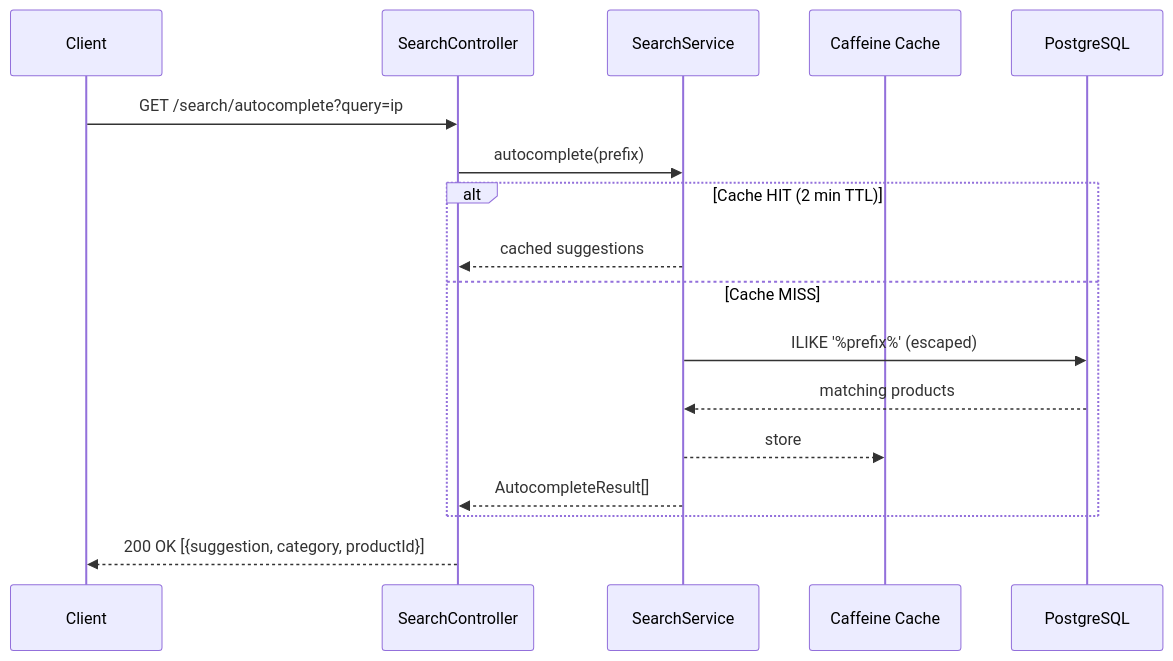
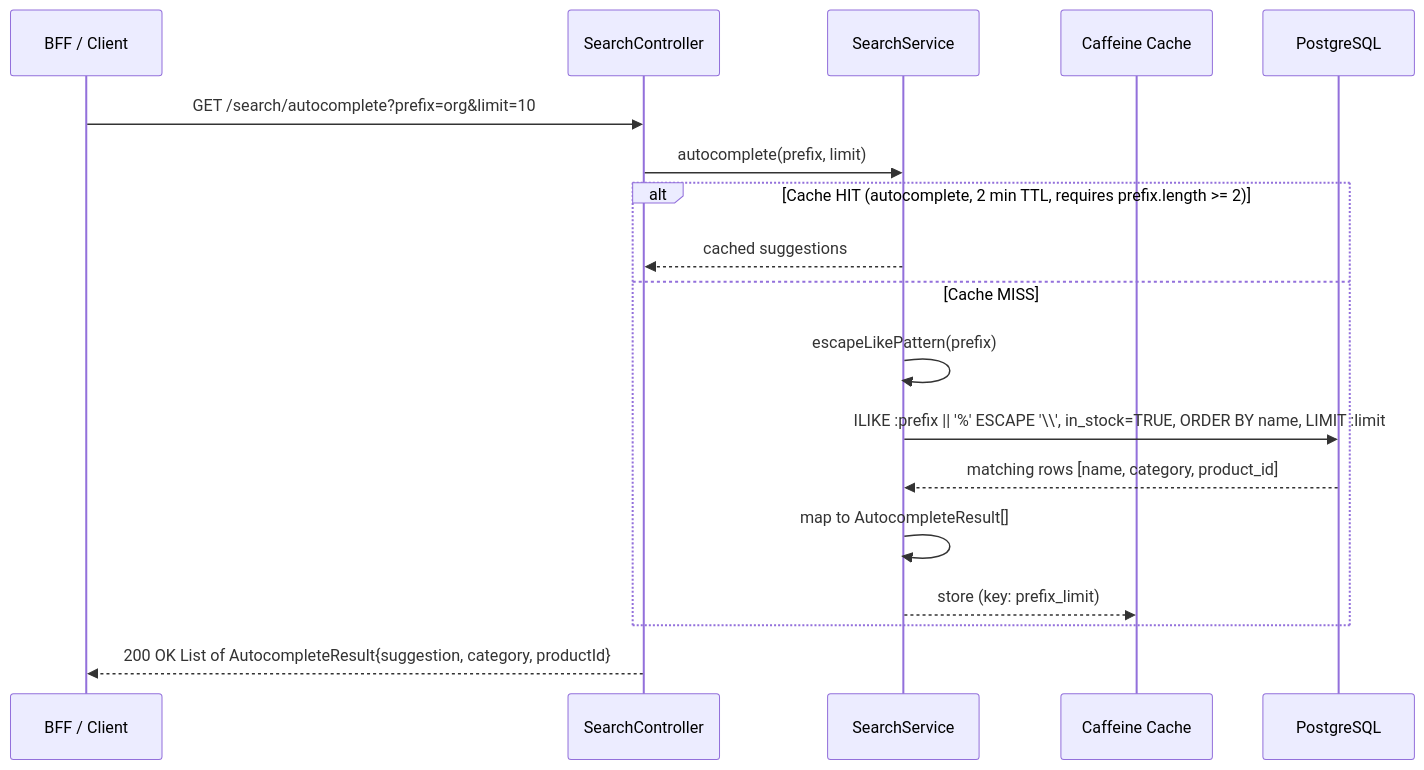
The fifth of 7 diagrams in services/search-service/README.md (sunitakeazycommerz-a11y/InstaCommerce), drawn with Mermaid before and after one commit. The commit also changed other lines of this file and 554 other files, not shown here.

````diff
--- a/services/search-service/README.md
+++ b/services/search-service/README.md
@@ -114,22 +332,23 @@
 ```mermaid
 sequenceDiagram
-    participant Client
-    participant SearchController
-    participant SearchService
+    participant Client as BFF / Client
+    participant SC as SearchController
+    participant SS as SearchService
     participant Cache as Caffeine Cache
     participant DB as PostgreSQL
 
-    Client->>SearchController: GET /search/autocomplete?query=ip
-    SearchController->>SearchService: autocomplete(prefix)
+    Client->>SC: GET /search/autocomplete?prefix=org&limit=10
+    SC->>SS: autocomplete(prefix, limit)
 
-    alt Cache HIT (2 min TTL)
-        SearchService-->>SearchController: cached suggestions
+    alt Cache HIT (autocomplete, 2 min TTL, requires prefix.length >= 2)
+        SS-->>SC: cached suggestions
     else Cache MISS
-        SearchService->>DB: ILIKE '%prefix%' (escaped)
-        DB-->>SearchService: matching products
-        SearchService-->>Cache: store
-        SearchService-->>SearchController: AutocompleteResult[]
+        SS->>SS: escapeLikePattern(prefix)
+        SS->>DB: ILIKE :prefix || '%' ESCAPE '\\', in_stock=TRUE, ORDER BY name, LIMIT :limit
+        DB-->>SS: matching rows [name, category, product_id]
+        SS->>SS: map to AutocompleteResult[]
+        SS-->>Cache: store (key: prefix_limit)
     end
 
-    SearchController-->>Client: 200 OK [{suggestion, category, productId}]
+    SC-->>Client: 200 OK List of AutocompleteResult{suggestion, category, productId}
 ```
````
